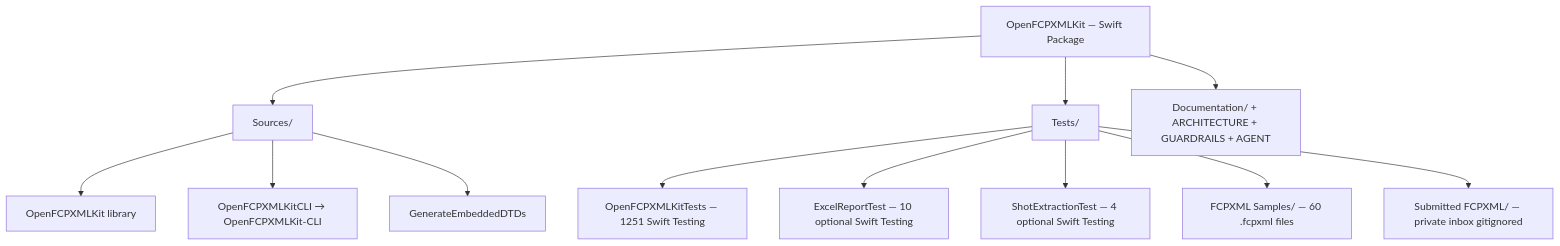
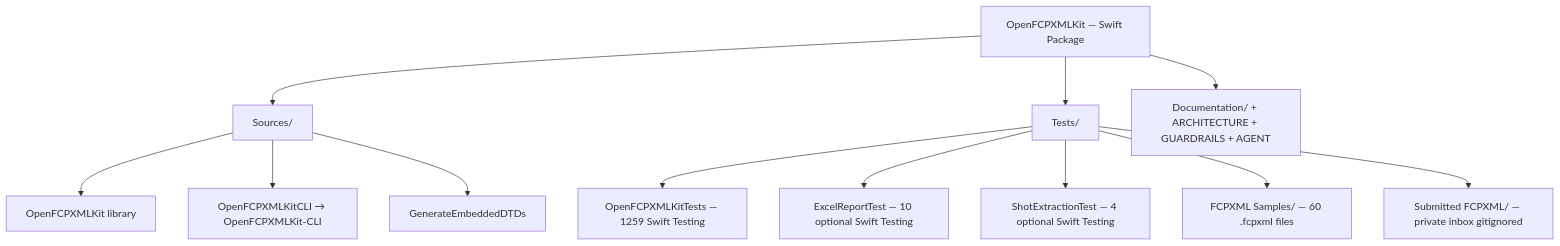
Before and after one commit to TheAcharya/OpenFCPXMLKit: the first of 6 diagrams in ARCHITECTURE.md, drawn with Mermaid. The commit also changed other lines of this file and 74 other files, not shown here.

````diff
--- a/ARCHITECTURE.md
+++ b/ARCHITECTURE.md
@@ -242,18 +242,18 @@
 ```mermaid
 flowchart TB
     Pkg["OpenFCPXMLKit — Swift Package"]
 
     Pkg --> SRC["Sources/"]
     Pkg --> TST["Tests/"]
     Pkg --> DOC["Documentation/ + ARCHITECTURE + GUARDRAILS + AGENT"]
 
     SRC --> LIB["OpenFCPXMLKit library"]
     SRC --> CLI["OpenFCPXMLKitCLI → OpenFCPXMLKit-CLI"]
     SRC --> GEN["GenerateEmbeddedDTDs"]
 
-    TST --> OKT["OpenFCPXMLKitTests — 1251 Swift Testing"]
+    TST --> OKT["OpenFCPXMLKitTests — 1259 Swift Testing"]
     TST --> ERT["ExcelReportTest — 10 optional Swift Testing"]
     TST --> SET["ShotExtractionTest — 4 optional Swift Testing"]
     TST --> SMP["FCPXML Samples/ — 60 .fcpxml files"]
     TST --> SUB["Submitted FCPXML/ — private inbox gitignored"]
 ```
````
